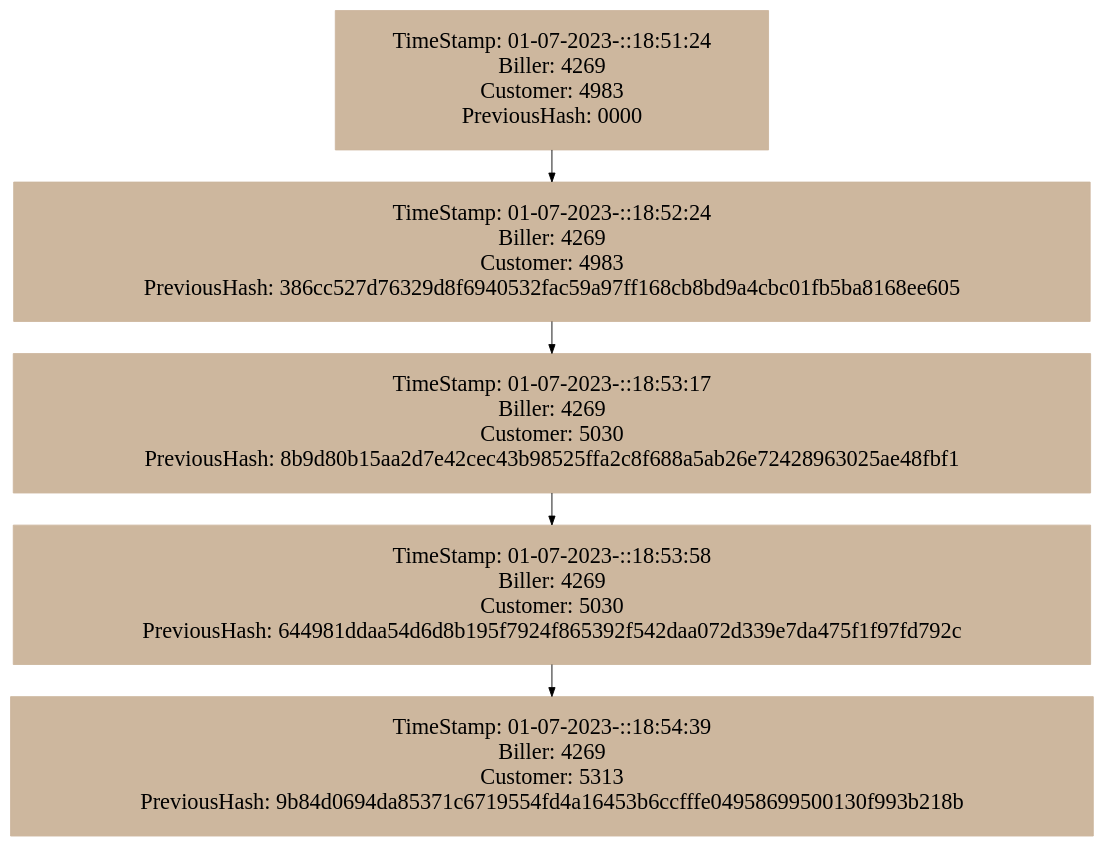
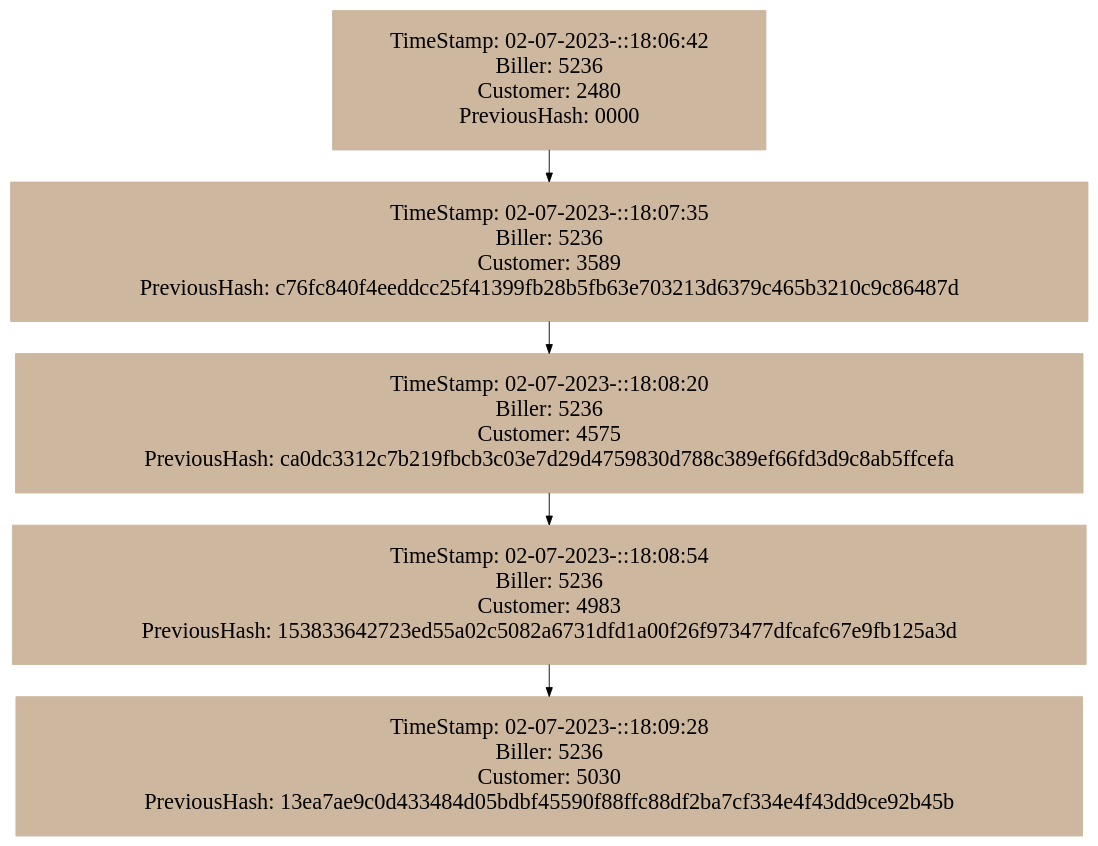
One commit to DanielGarcia-201901103/EDD_VJ1S2023_PY_201901103 changed the diagram in Backend/bloquePagos.dot. Above: the diagram before and after it, drawn with Graphviz. The commit also changed 9 other files, not shown here.

```diff
--- a/Backend/bloquePagos.dot
+++ b/Backend/bloquePagos.dot
@@ -1,13 +1,13 @@
 digraph Bloque{ 
  node [margin=0 fontcolor=black fontsize=25 shape=rectangle color=bisque3 style=filled margin = 0.3];
-nodo0[label="TimeStamp: 01-07-2023-::18:51:24\n Biller: 4269\n Customer: 4983\n PreviousHash: 0000"]; 
-nodo1[label="TimeStamp: 01-07-2023-::18:52:24\n Biller: 4269\n Customer: 4983\n PreviousHash: 386cc527d76329d8f6940532fac59a97ff168cb8bd9a4cbc01fb5ba8168ee605"]; 
-nodo2[label="TimeStamp: 01-07-2023-::18:53:17\n Biller: 4269\n Customer: 5030\n PreviousHash: 8b9d80b15aa2d7e42cec43b98525ffa2c8f688a5ab26e72428963025ae48fbf1"]; 
-nodo3[label="TimeStamp: 01-07-2023-::18:53:58\n Biller: 4269\n Customer: 5030\n PreviousHash: 644981ddaa54d6d8b195f7924f865392f542daa072d339e7da475f1f97fd792c"]; 
-nodo4[label="TimeStamp: 01-07-2023-::18:54:39\n Biller: 4269\n Customer: 5313\n PreviousHash: 9b84d0694da85371c6719554fd4a16453b6ccfffe04958699500130f993b218b"]; 
+nodo0[label="TimeStamp: 02-07-2023-::18:06:42\n Biller: 5236\n Customer: 2480\n PreviousHash: 0000"]; 
+nodo1[label="TimeStamp: 02-07-2023-::18:07:35\n Biller: 5236\n Customer: 3589\n PreviousHash: c76fc840f4eeddcc25f41399fb28b5fb63e703213d6379c465b3210c9c86487d"]; 
+nodo2[label="TimeStamp: 02-07-2023-::18:08:20\n Biller: 5236\n Customer: 4575\n PreviousHash: ca0dc3312c7b219fbcb3c03e7d29d4759830d788c389ef66fd3d9c8ab5ffcefa"]; 
+nodo3[label="TimeStamp: 02-07-2023-::18:08:54\n Biller: 5236\n Customer: 4983\n PreviousHash: 153833642723ed55a02c5082a6731dfd1a00f26f973477dfcafc67e9fb125a3d"]; 
+nodo4[label="TimeStamp: 02-07-2023-::18:09:28\n Biller: 5236\n Customer: 5030\n PreviousHash: 13ea7ae9c0d433484d05bdbf45590f88ffc88df2ba7cf334e4f43dd9ce92b45b"]; 
 nodo0->nodo1;
 nodo1->nodo2;
 nodo2->nodo3;
 nodo3->nodo4;
 
 }
```
